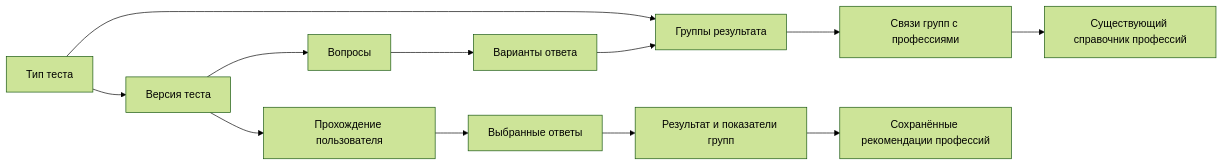
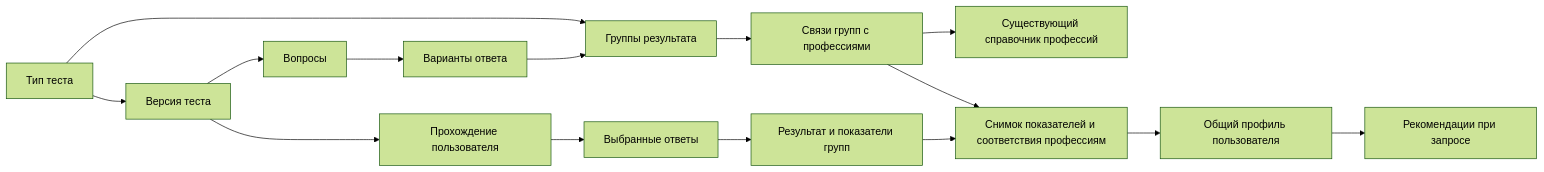
The diagram in docs/subsystems/profstart/index.md (atlassys-smm/RZN), drawn with Mermaid (forest theme) before and after one commit. The commit also changed other lines of this file and 27 other files, not shown here.

````diff
--- a/docs/subsystems/profstart/index.md
+++ b/docs/subsystems/profstart/index.md
@@ -22,14 +22,17 @@
 ```mermaid
 flowchart LR
     T[Тип теста] --> V[Версия теста]
     V --> Q[Вопросы]
     Q --> O[Варианты ответа]
     O --> G[Группы результата]
     T --> G
     G --> GP[Связи групп с профессиями]
     GP --> P[Существующий справочник профессий]
     V --> S[Прохождение пользователя]
     S --> A[Выбранные ответы]
     A --> R[Результат и показатели групп]
-    R --> RP[Сохранённые рекомендации профессий]
+    R --> RS[Снимок показателей и соответствия профессиям]
+    GP --> RS
+    RS --> UP[Общий профиль пользователя]
+    UP --> RP[Рекомендации при запросе]
 ```
````
